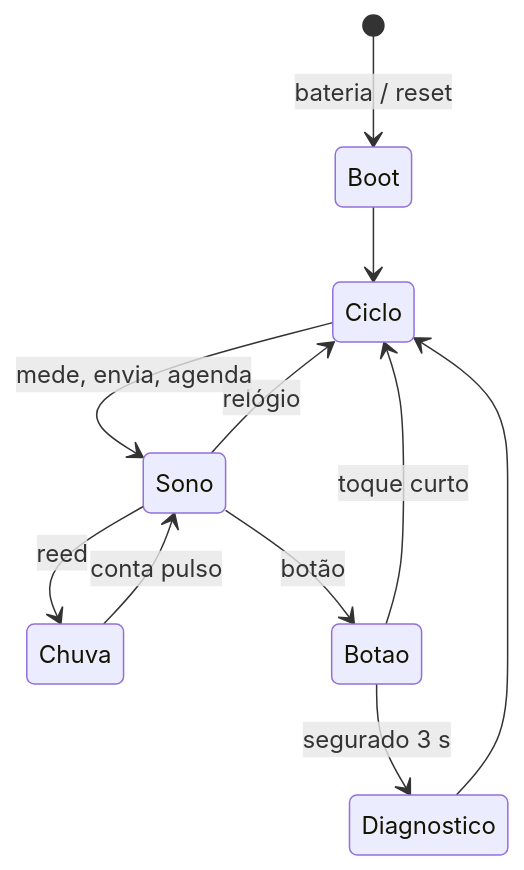
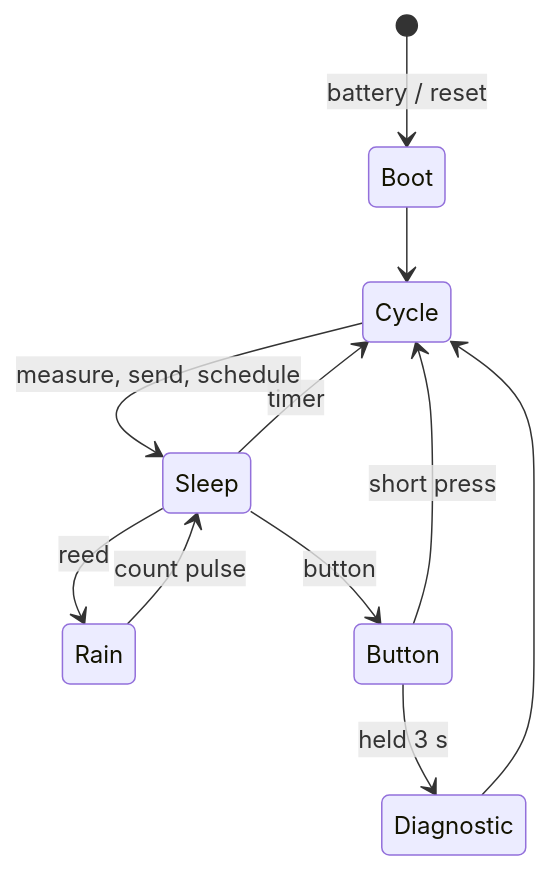
One commit to mauricioandreata/gaiapus changed the second of 3 diagrams in docs/firmware.md. Above: the diagram before and after it, drawn with Mermaid. The commit also changed other lines of this file and 16 other files, not shown here.

````diff
--- a/docs/firmware.md
+++ b/docs/firmware.md
@@ -105,13 +105,13 @@
 ```mermaid
 stateDiagram-v2
-    [*] --> Boot: bateria / reset
-    Boot --> Ciclo
-    Sono --> Ciclo: relógio
-    Sono --> Chuva: reed
-    Sono --> Botao: botão
-    Chuva --> Sono: conta pulso
-    Botao --> Diagnostico: segurado 3 s
-    Botao --> Ciclo: toque curto
-    Diagnostico --> Ciclo
-    Ciclo --> Sono: mede, envia, agenda
+    [*] --> Boot: battery / reset
+    Boot --> Cycle
+    Sleep --> Cycle: timer
+    Sleep --> Rain: reed
+    Sleep --> Button: button
+    Rain --> Sleep: count pulse
+    Button --> Diagnostic: held 3 s
+    Button --> Cycle: short press
+    Diagnostic --> Cycle
+    Cycle --> Sleep: measure, send, schedule
 ```
````
